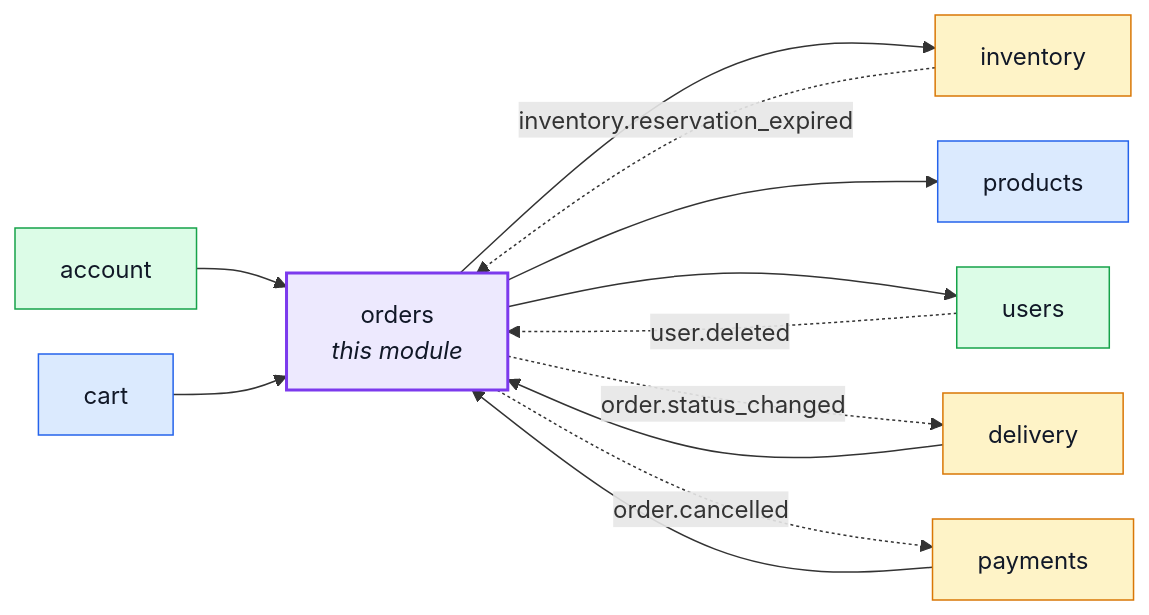
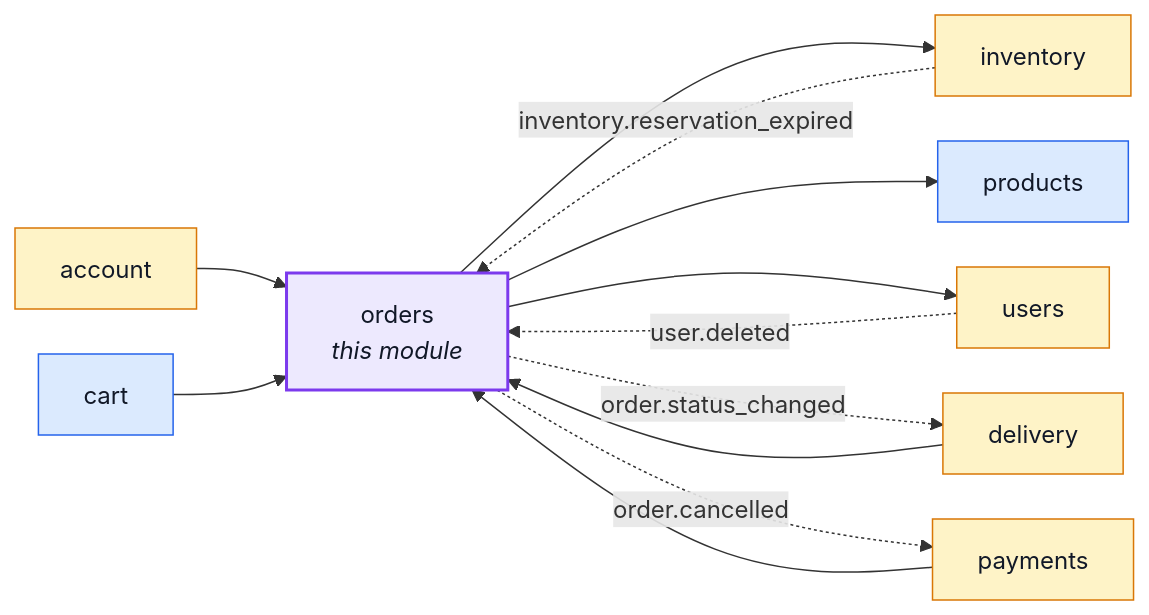
The first of 2 diagrams in docs/modules/orders.md (Guebbit/boilerplate-node-backend), drawn with Mermaid before and after one commit. The commit also changed 13 other files, not shown here.

````diff
--- a/docs/modules/orders.md
+++ b/docs/modules/orders.md
@@ -16,33 +16,32 @@
 ```mermaid
 %%{init: {'flowchart': {'nodeSpacing': 30, 'rankSpacing': 60}}}%%
 flowchart LR
     orders["orders<br/><i>this module</i>"]
     account["account"]
     cart["cart"]
     delivery["delivery"]
     inventory["inventory"]
     payments["payments"]
     products["products"]
     users["users"]
 
     account --> orders
     cart --> orders
     delivery --> orders
     payments --> orders
     orders --> inventory
     orders --> products
     orders --> users
     inventory -. "inventory.reservation_expired" .-> orders
     users -. "user.deleted" .-> orders
     orders -. "order.status_changed" .-> delivery
     orders -. "order.cancelled" .-> payments
 
     classDef core fill:#dbeafe,stroke:#2563eb,color:#111827;
     classDef supporting fill:#fef3c7,stroke:#d97706,color:#111827;
     classDef generic fill:#dcfce7,stroke:#16a34a,color:#111827;
     classDef centre fill:#ede9fe,stroke:#7c3aed,stroke-width:2px,color:#111827;
     class cart,products core;
-    class delivery,inventory,payments supporting;
-    class account,users generic;
+    class account,delivery,inventory,payments,users supporting;
     class orders centre;
 ```
````
